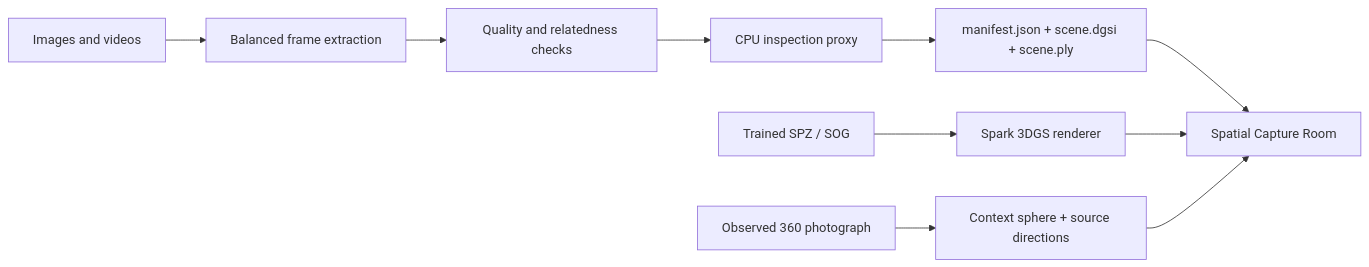
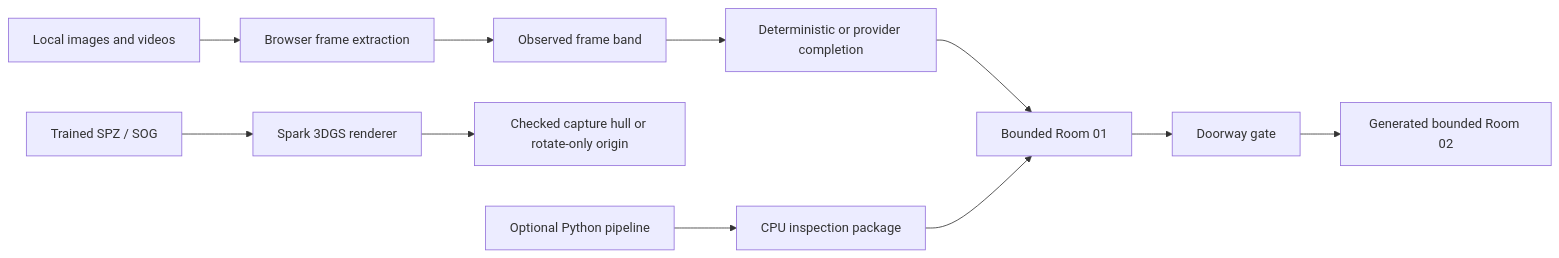
Before and after one commit to MarinJursic/dynamic-gaussian-scene-intelligence: the diagram in README.md, drawn with Mermaid. The commit also changed other lines of this file and 9 other files, not shown here.

````diff
--- a/README.md
+++ b/README.md
@@ -100,14 +148,15 @@
 ```mermaid
 flowchart LR
-    A["Images and videos"] --> B["Balanced frame extraction"]
-    B --> C["Quality and relatedness checks"]
-    C --> D["CPU inspection proxy"]
-    D --> E["manifest.json + scene.dgsi + scene.ply"]
-    E --> F["Spatial Capture Room"]
+    A["Local images and videos"] --> B["Browser frame extraction"]
+    B --> C["Observed frame band"]
+    C --> D["Deterministic or provider completion"]
+    D --> E["Bounded Room 01"]
+    E --> F["Doorway gate"]
+    F --> G["Generated bounded Room 02"]
 
-    G["Trained SPZ / SOG"] --> H["Spark 3DGS renderer"]
-    H --> F
+    H["Trained SPZ / SOG"] --> I["Spark 3DGS renderer"]
+    I --> J["Checked capture hull or rotate-only origin"]
 
-    I["Observed 360 photograph"] --> J["Context sphere + source directions"]
-    J --> F
+    K["Optional Python pipeline"] --> L["CPU inspection package"]
+    L --> E
 ```
````
